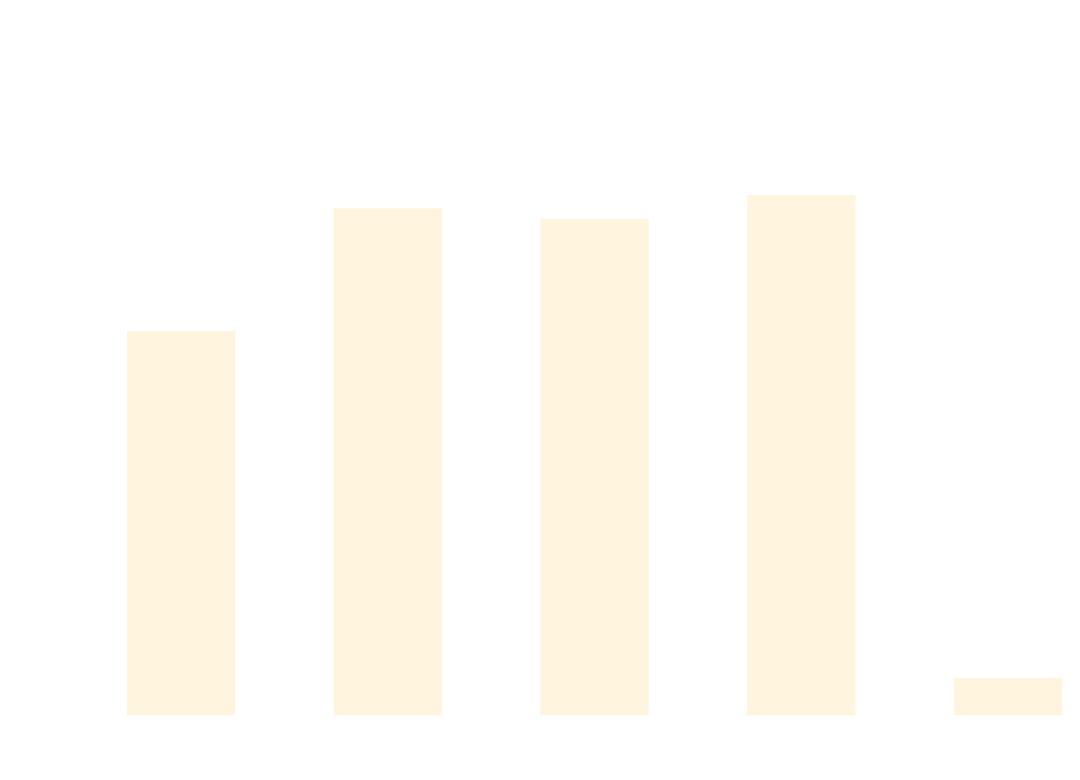
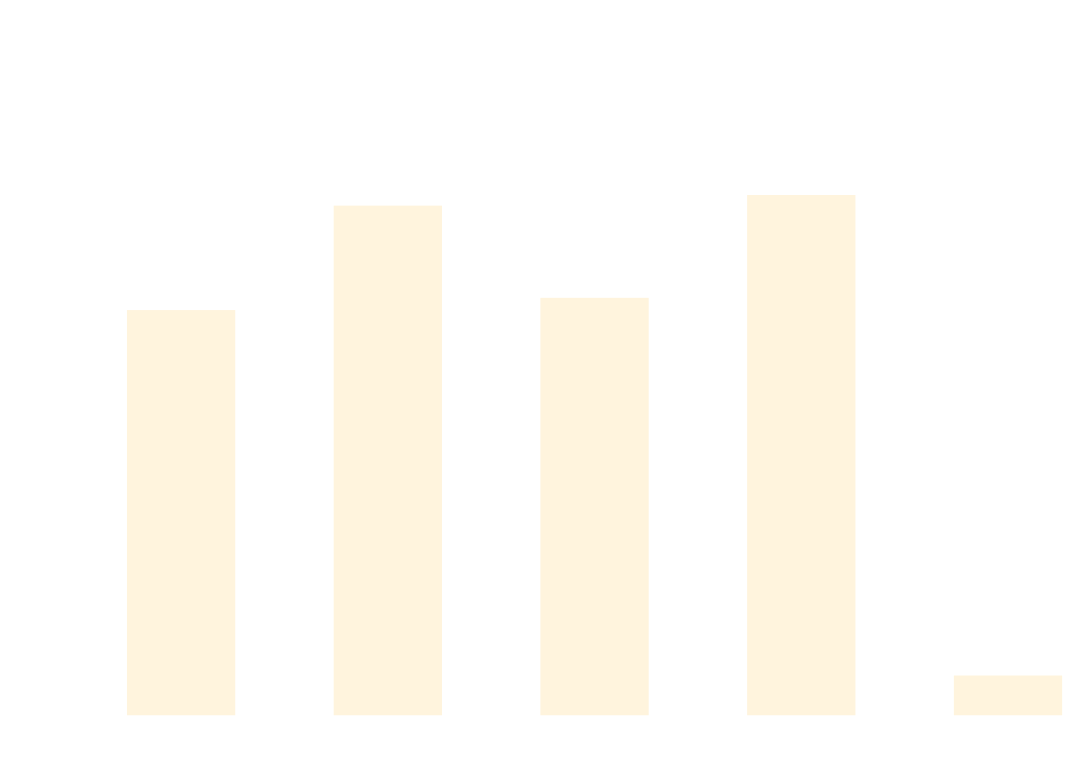
One commit to thomhurst/TUnit changed the diagram in docs/docs/benchmarks/ScaleTests.md. Above: the diagram before and after it, drawn with Mermaid. The commit also changed other lines of this file and 17 other files, not shown here.

````diff
--- a/docs/docs/benchmarks/ScaleTests.md
+++ b/docs/docs/benchmarks/ScaleTests.md
@@ -27,37 +27,37 @@
 ```mermaid
 %%{init: {
   'theme':'base',
   'themeVariables': {
     'primaryColor': '#2563eb',
     'primaryTextColor': '#ffffff',
     'primaryBorderColor': '#1e40af',
     'lineColor': '#6b7280',
     'secondaryColor': '#7c3aed',
     'tertiaryColor': '#dc2626',
     'background': '#ffffff',
     'mainBkg': '#2563eb',
     'secondBkg': '#7c3aed',
     'tertiaryBkg': '#dc2626',
     'clusterBkg': '#f3f4f6',
     'edgeLabelBackground': '#ffffff',
     'tertiaryTextColor': '#1f2937',
     'pie1': '#2563eb',
     'pie2': '#7c3aed',
     'pie3': '#dc2626',
     'pie4': '#f59e0b',
     'pie5': '#10b981',
     'pie6': '#06b6d4',
     'pie7': '#ec4899',
     'pie8': '#6366f1',
     'pie9': '#84cc16',
     'pie10': '#f97316',
     'pie11': '#14b8a6',
     'pie12': '#a855f7'
   }
 }}%%
 xychart-beta
   title "ScaleTests Performance Comparison"
   x-axis ["TUnit", "NUnit", "MSTest", "xUnit3", "TUnit_AOT"]
-  y-axis "Time (ms)" 0 --> 769
-  bar [469, 623.7, 610.55, 640.39, 32.4]
+  y-axis "Time (ms)" 0 --> 709
+  bar [456.9, 578.21, 471.12, 590.52, 32.5]
 ```
````
